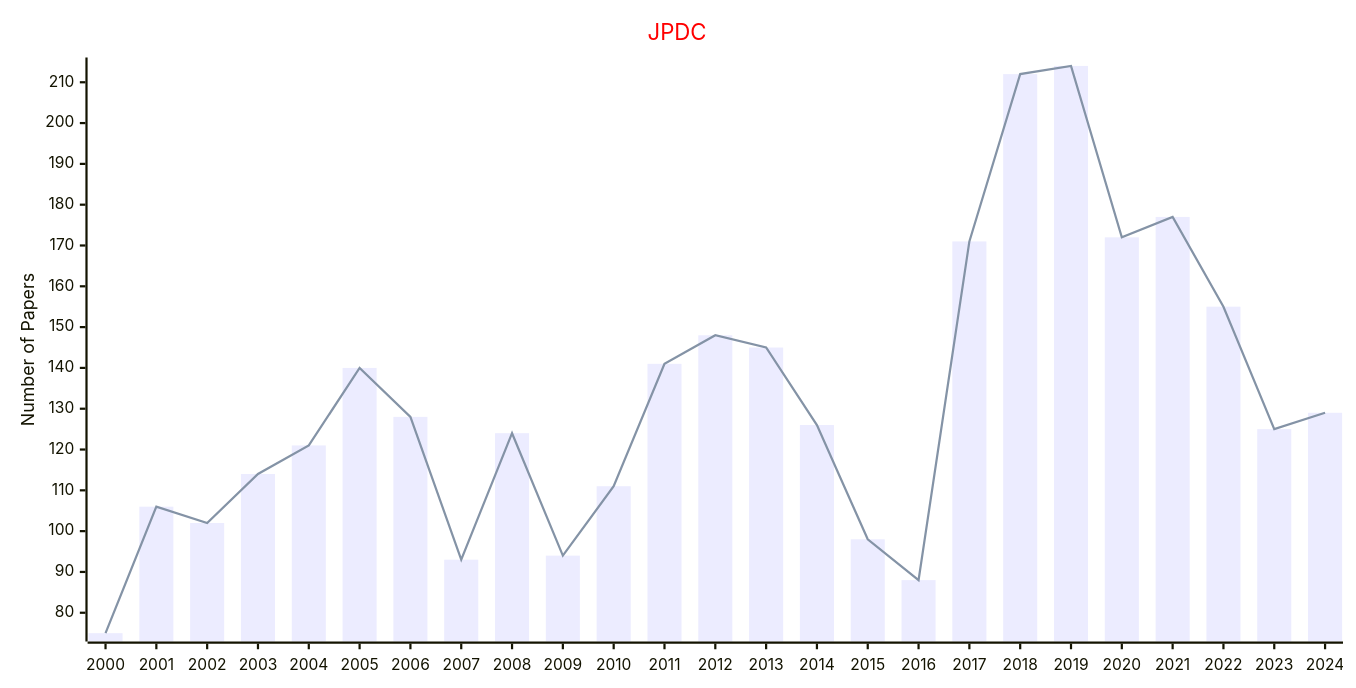
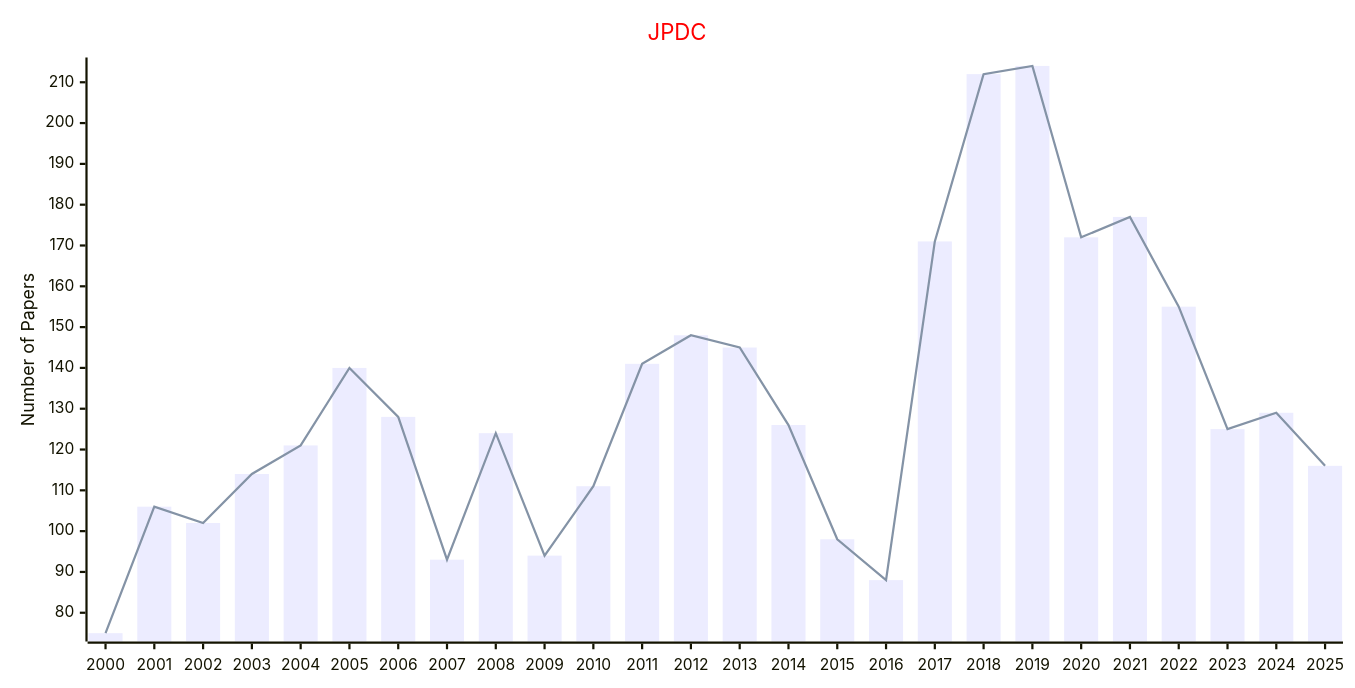
The first of 4 diagrams in docs/data/Journals/Statistics_Journals/Parallel_and_Distributed.md (Easy-PhD/AILinks), drawn with Mermaid before and after one commit. The commit also changed other lines of this file and 107 other files, not shown here.

````diff
--- a/docs/data/Journals/Statistics_Journals/Parallel_and_Distributed.md
+++ b/docs/data/Journals/Statistics_Journals/Parallel_and_Distributed.md
@@ -9,17 +9,17 @@
 ```mermaid
 ---
 config:
     xyChart:
         width: 1200
         height: 600
     themeVariables:
         xyChart:
             titleColor: "#ff0000"
 ---
 xychart-beta
     title "JPDC"
-    x-axis [2000, 2001, 2002, 2003, 2004, 2005, 2006, 2007, 2008, 2009, 2010, 2011, 2012, 2013, 2014, 2015, 2016, 2017, 2018, 2019, 2020, 2021, 2022, 2023, 2024]
+    x-axis [2000, 2001, 2002, 2003, 2004, 2005, 2006, 2007, 2008, 2009, 2010, 2011, 2012, 2013, 2014, 2015, 2016, 2017, 2018, 2019, 2020, 2021, 2022, 2023, 2024, 2025]
     y-axis "Number of Papers"
-    bar [75, 106, 102, 114, 121, 140, 128, 93, 124, 94, 111, 141, 148, 145, 126, 98, 88, 171, 212, 214, 172, 177, 155, 125, 129]
-    line [75, 106, 102, 114, 121, 140, 128, 93, 124, 94, 111, 141, 148, 145, 126, 98, 88, 171, 212, 214, 172, 177, 155, 125, 129]
+    bar [75, 106, 102, 114, 121, 140, 128, 93, 124, 94, 111, 141, 148, 145, 126, 98, 88, 171, 212, 214, 172, 177, 155, 125, 129, 116]
+    line [75, 106, 102, 114, 121, 140, 128, 93, 124, 94, 111, 141, 148, 145, 126, 98, 88, 171, 212, 214, 172, 177, 155, 125, 129, 116]
 ```
````
